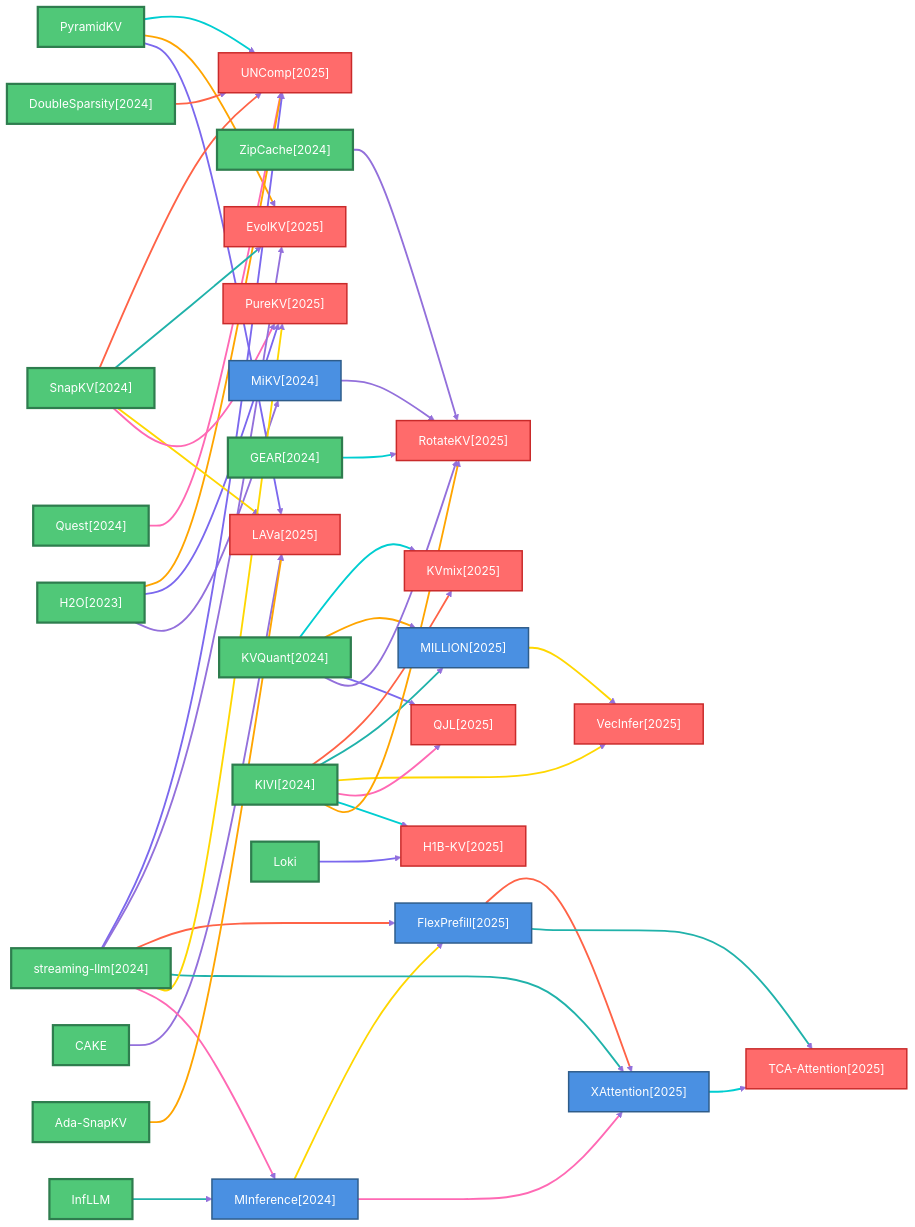
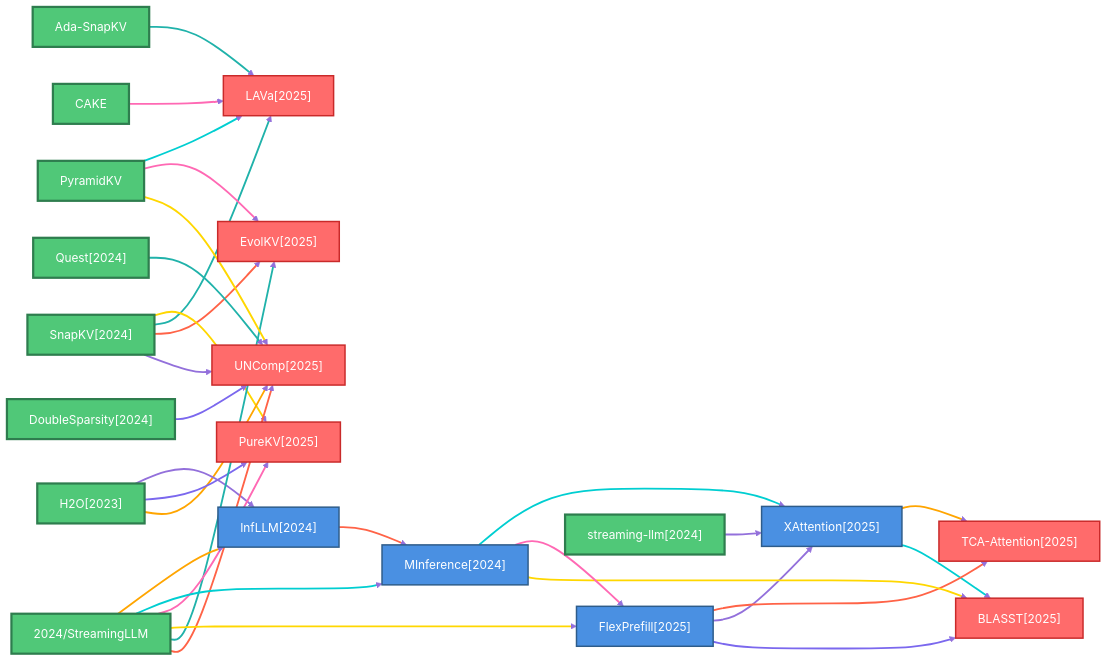
Before and after one commit to hustzxd/EfficientPaper: the fourth of 6 diagrams in docs/baseline_methods_graph.md, drawn with Mermaid. The commit also changed other lines of this file and 38 other files, not shown here.

````diff
--- a/docs/baseline_methods_graph.md
+++ b/docs/baseline_methods_graph.md
@@ -131,145 +131,103 @@
     classDef leafNode fill:#FF6B6B,stroke:#C92A2A,stroke-width:2px,color:#fff
     linkStyle default stroke:#9370DB,stroke-width:2px
 
+    2024_SnapKV["SnapKV[2024]"]
+    class 2024_SnapKV rootNode
+    2025_PureKV["PureKV[2025]"]
+    class 2025_PureKV leafNode
+    2025_BLASST["BLASST[2025]"]
+    class 2025_BLASST leafNode
+    2025_TCA_Attention["TCA-Attention[2025]"]
+    class 2025_TCA_Attention leafNode
+    CAKE["CAKE"]
+    class CAKE rootNode
+    2025_XAttention["XAttention[2025]"]
+    class 2025_XAttention defaultNode
+    2025_FlexPrefill["FlexPrefill[2025]"]
+    class 2025_FlexPrefill defaultNode
+    Ada_SnapKV["Ada-SnapKV"]
+    class Ada_SnapKV rootNode
+    2025_LAVa["LAVa[2025]"]
+    class 2025_LAVa leafNode
+    2025_UNComp["UNComp[2025]"]
+    class 2025_UNComp leafNode
+    2024_MInference["MInference[2024]"]
+    class 2024_MInference defaultNode
+    2023_H2O["H2O[2023]"]
+    class 2023_H2O rootNode
+    2024_StreamingLLM["2024/StreamingLLM"]
+    class 2024_StreamingLLM rootNode
     2025_EvolKV["EvolKV[2025]"]
     class 2025_EvolKV leafNode
-    2024_ZipCache["ZipCache[2024]"]
-    class 2024_ZipCache rootNode
-    2025_FlexPrefill["FlexPrefill[2025]"]
-    class 2025_FlexPrefill defaultNode
-    2024_MInference["MInference[2024]"]
-    class 2024_MInference defaultNode
+    2024_DoubleSparsity["DoubleSparsity[2024]"]
+    class 2024_DoubleSparsity rootNode
+    2024_streaming_llm["streaming-llm[2024]"]
+    class 2024_streaming_llm rootNode
+    2024_InfLLM["InfLLM[2024]"]
+    class 2024_InfLLM defaultNode
+    2024_Quest["Quest[2024]"]
+    class 2024_Quest rootNode
     PyramidKV["PyramidKV"]
     class PyramidKV rootNode
-    2025_PureKV["PureKV[2025]"]
-    class 2025_PureKV leafNode
-    CAKE["CAKE"]
-    class CAKE rootNode
-    2025_QJL["QJL[2025]"]
-    class 2025_QJL leafNode
-    2024_DoubleSparsity["DoubleSparsity[2024]"]
-    class 2024_DoubleSparsity rootNode
-    InfLLM["InfLLM"]
-    class InfLLM rootNode
-    2025_VecInfer["VecInfer[2025]"]
-    class 2025_VecInfer leafNode
-    2025_MILLION["MILLION[2025]"]
-    class 2025_MILLION defaultNode
-    2025_H1B_KV["H1B-KV[2025]"]
-    class 2025_H1B_KV leafNode
-    2025_UNComp["UNComp[2025]"]
-    class 2025_UNComp leafNode
-    2025_TCA_Attention["TCA-Attention[2025]"]
-    class 2025_TCA_Attention leafNode
-    2025_RotateKV["RotateKV[2025]"]
-    class 2025_RotateKV leafNode
-    2024_Quest["Quest[2024]"]
-    class 2024_Quest rootNode
-    2025_KVmix["KVmix[2025]"]
-    class 2025_KVmix leafNode
-    2024_GEAR["GEAR[2024]"]
-    class 2024_GEAR rootNode
-    2023_H2O["H2O[2023]"]
-    class 2023_H2O rootNode
-    2024_SnapKV["SnapKV[2024]"]
-    class 2024_SnapKV rootNode
-    2025_LAVa["LAVa[2025]"]
-    class 2025_LAVa leafNode
-    2024_KVQuant["KVQuant[2024]"]
-    class 2024_KVQuant rootNode
-    2024_KIVI["KIVI[2024]"]
-    class 2024_KIVI rootNode
-    2024_streaming_llm["streaming-llm[2024]"]
-    class 2024_streaming_llm rootNode
-    2025_XAttention["XAttention[2025]"]
-    class 2025_XAttention defaultNode
-    Ada_SnapKV["Ada-SnapKV"]
-    class Ada_SnapKV rootNode
-    Loki["Loki"]
-    class Loki rootNode
-    2024_MiKV["MiKV[2024]"]
-    class 2024_MiKV defaultNode
 
-    2024_ZipCache ==>|" "| 2025_RotateKV
+    2024_SnapKV ==>|" "| 2025_UNComp
     linkStyle 0 stroke:#9370DB,stroke-width:2.5px
+    2024_SnapKV ==>|" "| 2025_EvolKV
+    linkStyle 1 stroke:#FF6347,stroke-width:2.5px
+    2024_SnapKV ==>|" "| 2025_LAVa
+    linkStyle 2 stroke:#20B2AA,stroke-width:2.5px
+    2024_SnapKV ==>|" "| 2025_PureKV
+    linkStyle 3 stroke:#FFD700,stroke-width:2.5px
+    CAKE ==>|" "| 2025_LAVa
+    linkStyle 4 stroke:#FF69B4,stroke-width:2.5px
+    2025_XAttention ==>|" "| 2025_BLASST
+    linkStyle 5 stroke:#00CED1,stroke-width:2.5px
+    2025_XAttention ==>|" "| 2025_TCA_Attention
+    linkStyle 6 stroke:#FFA500,stroke-width:2.5px
+    2025_FlexPrefill ==>|" "| 2025_BLASST
+    linkStyle 7 stroke:#7B68EE,stroke-width:2.5px
     2025_FlexPrefill ==>|" "| 2025_XAttention
-    linkStyle 1 stroke:#FF6347,stroke-width:2.5px
+    linkStyle 8 stroke:#9370DB,stroke-width:2.5px
     2025_FlexPrefill ==>|" "| 2025_TCA_Attention
-    linkStyle 2 stroke:#20B2AA,stroke-width:2.5px
+    linkStyle 9 stroke:#FF6347,stroke-width:2.5px
+    Ada_SnapKV ==>|" "| 2025_LAVa
+    linkStyle 10 stroke:#20B2AA,stroke-width:2.5px
+    2024_MInference ==>|" "| 2025_BLASST
+    linkStyle 11 stroke:#FFD700,stroke-width:2.5px
     2024_MInference ==>|" "| 2025_FlexPrefill
-    linkStyle 3 stroke:#FFD700,stroke-width:2.5px
+    linkStyle 12 stroke:#FF69B4,stroke-width:2.5px
     2024_MInference ==>|" "| 2025_XAttention
-    linkStyle 4 stroke:#FF69B4,stroke-width:2.5px
-    PyramidKV ==>|" "| 2025_UNComp
-    linkStyle 5 stroke:#00CED1,stroke-width:2.5px
-    PyramidKV ==>|" "| 2025_EvolKV
-    linkStyle 6 stroke:#FFA500,stroke-width:2.5px
-    PyramidKV ==>|" "| 2025_LAVa
-    linkStyle 7 stroke:#7B68EE,stroke-width:2.5px
-    CAKE ==>|" "| 2025_LAVa
-    linkStyle 8 stroke:#9370DB,stroke-width:2.5px
-    2024_DoubleSparsity ==>|" "| 2025_UNComp
-    linkStyle 9 stroke:#FF6347,stroke-width:2.5px
-    InfLLM ==>|" "| 2024_MInference
-    linkStyle 10 stroke:#20B2AA,stroke-width:2.5px
-    2025_MILLION ==>|" "| 2025_VecInfer
-    linkStyle 11 stroke:#FFD700,stroke-width:2.5px
-    2024_Quest ==>|" "| 2025_UNComp
-    linkStyle 12 stroke:#FF69B4,stroke-width:2.5px
-    2024_GEAR ==>|" "| 2025_RotateKV
     linkStyle 13 stroke:#00CED1,stroke-width:2.5px
     2023_H2O ==>|" "| 2025_UNComp
     linkStyle 14 stroke:#FFA500,stroke-width:2.5px
     2023_H2O ==>|" "| 2025_PureKV
     linkStyle 15 stroke:#7B68EE,stroke-width:2.5px
-    2023_H2O ==>|" "| 2024_MiKV
+    2023_H2O ==>|" "| 2024_InfLLM
     linkStyle 16 stroke:#9370DB,stroke-width:2.5px
-    2024_SnapKV ==>|" "| 2025_UNComp
+    2024_StreamingLLM ==>|" "| 2025_UNComp
     linkStyle 17 stroke:#FF6347,stroke-width:2.5px
-    2024_SnapKV ==>|" "| 2025_EvolKV
+    2024_StreamingLLM ==>|" "| 2025_EvolKV
     linkStyle 18 stroke:#20B2AA,stroke-width:2.5px
-    2024_SnapKV ==>|" "| 2025_LAVa
+    2024_StreamingLLM ==>|" "| 2025_FlexPrefill
     linkStyle 19 stroke:#FFD700,stroke-width:2.5px
-    2024_SnapKV ==>|" "| 2025_PureKV
+    2024_StreamingLLM ==>|" "| 2025_PureKV
     linkStyle 20 stroke:#FF69B4,stroke-width:2.5px
-    2024_KVQuant ==>|" "| 2025_KVmix
+    2024_StreamingLLM ==>|" "| 2024_MInference
     linkStyle 21 stroke:#00CED1,stroke-width:2.5px
-    2024_KVQuant ==>|" "| 2025_MILLION
+    2024_StreamingLLM ==>|" "| 2024_InfLLM
     linkStyle 22 stroke:#FFA500,stroke-width:2.5px
-    2024_KVQuant ==>|" "| 2025_QJL
+    2024_DoubleSparsity ==>|" "| 2025_UNComp
     linkStyle 23 stroke:#7B68EE,stroke-width:2.5px
-    2024_KVQuant ==>|" "| 2025_RotateKV
+    2024_streaming_llm ==>|" "| 2025_XAttention
     linkStyle 24 stroke:#9370DB,stroke-width:2.5px
-    2024_KIVI ==>|" "| 2025_KVmix
+    2024_InfLLM ==>|" "| 2024_MInference
     linkStyle 25 stroke:#FF6347,stroke-width:2.5px
-    2024_KIVI ==>|" "| 2025_MILLION
+    2024_Quest ==>|" "| 2025_UNComp
     linkStyle 26 stroke:#20B2AA,stroke-width:2.5px
-    2024_KIVI ==>|" "| 2025_VecInfer
+    PyramidKV ==>|" "| 2025_UNComp
     linkStyle 27 stroke:#FFD700,stroke-width:2.5px
-    2024_KIVI ==>|" "| 2025_QJL
+    PyramidKV ==>|" "| 2025_EvolKV
     linkStyle 28 stroke:#FF69B4,stroke-width:2.5px
-    2024_KIVI ==>|" "| 2025_H1B_KV
+    PyramidKV ==>|" "| 2025_LAVa
     linkStyle 29 stroke:#00CED1,stroke-width:2.5px
-    2024_KIVI ==>|" "| 2025_RotateKV
-    linkStyle 30 stroke:#FFA500,stroke-width:2.5px
-    2024_streaming_llm ==>|" "| 2025_UNComp
-    linkStyle 31 stroke:#7B68EE,stroke-width:2.5px
-    2024_streaming_llm ==>|" "| 2025_EvolKV
-    linkStyle 32 stroke:#9370DB,stroke-width:2.5px
-    2024_streaming_llm ==>|" "| 2025_FlexPrefill
-    linkStyle 33 stroke:#FF6347,stroke-width:2.5px
-    2024_streaming_llm ==>|" "| 2025_XAttention
-    linkStyle 34 stroke:#20B2AA,stroke-width:2.5px
-    2024_streaming_llm ==>|" "| 2025_PureKV
-    linkStyle 35 stroke:#FFD700,stroke-width:2.5px
-    2024_streaming_llm ==>|" "| 2024_MInference
-    linkStyle 36 stroke:#FF69B4,stroke-width:2.5px
-    2025_XAttention ==>|" "| 2025_TCA_Attention
-    linkStyle 37 stroke:#00CED1,stroke-width:2.5px
-    Ada_SnapKV ==>|" "| 2025_LAVa
-    linkStyle 38 stroke:#FFA500,stroke-width:2.5px
-    Loki ==>|" "| 2025_H1B_KV
-    linkStyle 39 stroke:#7B68EE,stroke-width:2.5px
-    2024_MiKV ==>|" "| 2025_RotateKV
-    linkStyle 40 stroke:#9370DB,stroke-width:2.5px
 ```
````
